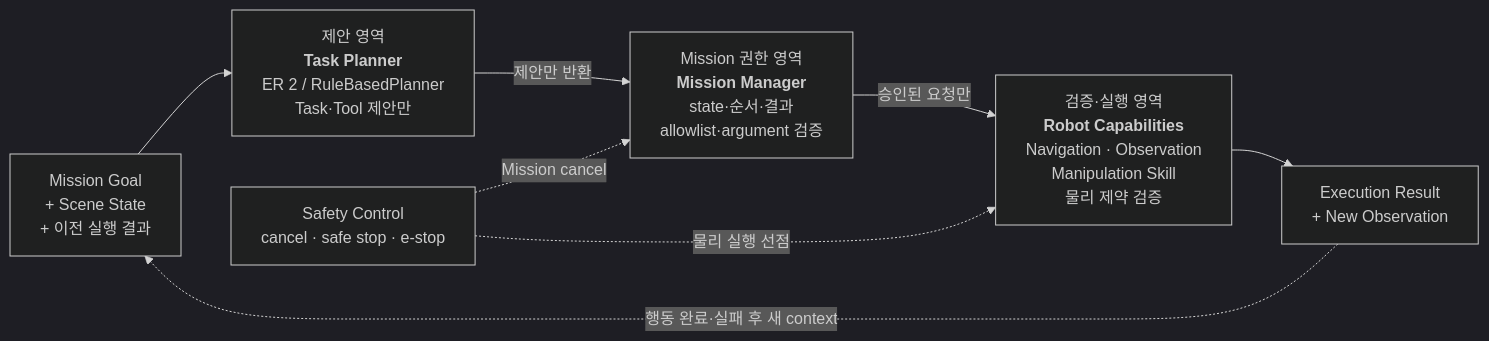
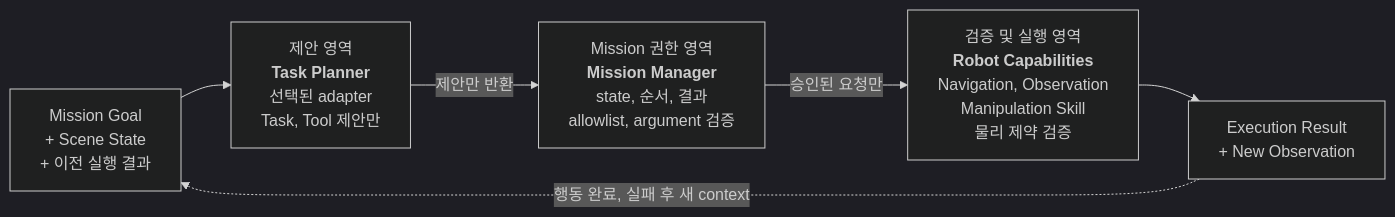
The diagram in 20_TECHNICAL/03 - Task Planning and Robot Capabilities.md (asm17-moving-agent/cleany-docs), drawn with Mermaid (dark theme) before and after one commit. The commit also changed other lines of this file and 53 other files, not shown here.

````diff
--- a/20_TECHNICAL/03 - Task Planning and Robot Capabilities.md
+++ b/20_TECHNICAL/03 - Task Planning and Robot Capabilities.md
@@ -20,17 +12,14 @@
 ```mermaid
 flowchart LR
     context["Mission Goal<br/>+ Scene State<br/>+ 이전 실행 결과"]
-    planner["제안 영역<br/><b>Task Planner</b><br/>ER 2 / RuleBasedPlanner<br/>Task·Tool 제안만"]
-    mission["Mission 권한 영역<br/><b>Mission Manager</b><br/>state·순서·결과<br/>allowlist·argument 검증"]
-    capabilities["검증·실행 영역<br/><b>Robot Capabilities</b><br/>Navigation · Observation<br/>Manipulation Skill<br/>물리 제약 검증"]
+    planner["제안 영역<br/><b>Task Planner</b><br/>선택된 adapter<br/>Task, Tool 제안만"]
+    mission["Mission 권한 영역<br/><b>Mission Manager</b><br/>state, 순서, 결과<br/>allowlist, argument 검증"]
+    capabilities["검증 및 실행 영역<br/><b>Robot Capabilities</b><br/>Navigation, Observation<br/>Manipulation Skill<br/>물리 제약 검증"]
     result["Execution Result<br/>+ New Observation"]
-    safety["Safety Control<br/>cancel · safe stop · e-stop"]
 
     context --> planner
     planner -->|제안만 반환| mission
     mission -->|승인된 요청만| capabilities
     capabilities --> result
-    result -.->|행동 완료·실패 후 새 context| context
-    safety -.->|Mission cancel| mission
-    safety -.->|물리 실행 선점| capabilities
+    result -.->|행동 완료, 실패 후 새 context| context
 ```
````
